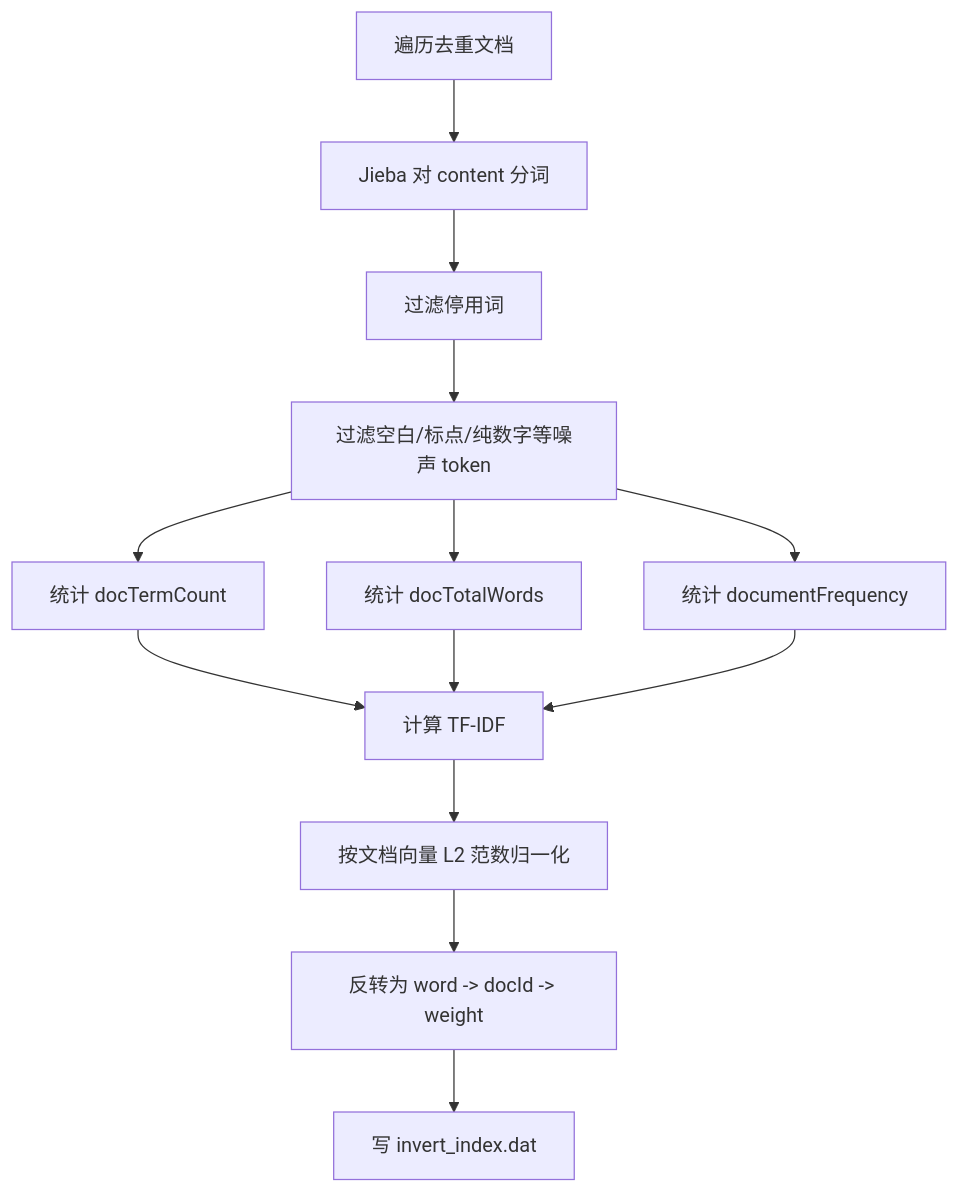
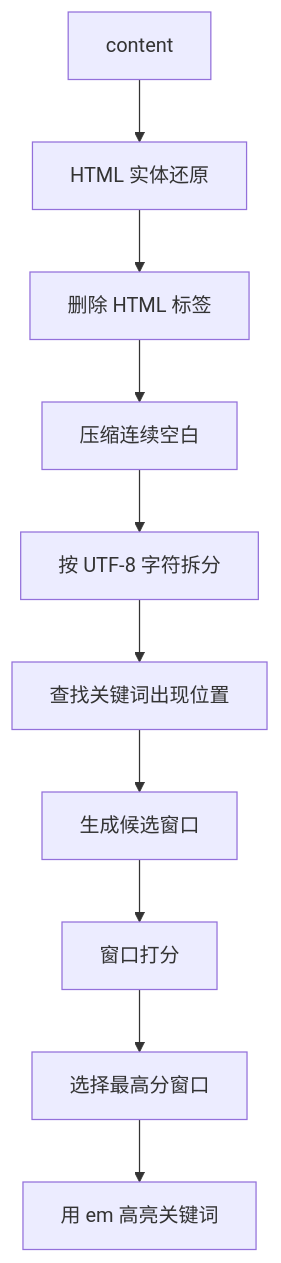
Before and after one commit to dijk4tra/Cpp_Advanced: the ninth of 10 diagrams in 课件/07_搜索引擎项目/02_SearchEngine_V2/README.md, drawn with Mermaid. The commit also changed other lines of this file and 16 other files, not shown here.

````diff
--- a/课件/07_搜索引擎项目/02_SearchEngine_V2/README.md
+++ b/课件/07_搜索引擎项目/02_SearchEngine_V2/README.md
@@ -549,15 +685,12 @@
 ```mermaid
 flowchart TD
-    A[遍历去重文档] --> B[Jieba 对 content 分词]
-    B --> C[过滤停用词]
-    C --> D[过滤空白/标点/纯数字等噪声 token]
-    D --> E[统计 docTermCount]
-    D --> F[统计 docTotalWords]
-    D --> G[统计 documentFrequency]
-    E --> H[计算 TF-IDF]
-    F --> H
-    G --> H
-    H --> I[按文档向量 L2 范数归一化]
-    I --> J[反转为 word -> docId -> weight]
-    J --> K[写 invert_index.dat]
+    A[content] --> B[HTML 实体还原]
+    B --> C[删除 HTML 标签]
+    C --> D[压缩连续空白]
+    D --> E[按 UTF-8 字符拆分]
+    E --> F[查找关键词出现位置]
+    F --> G[生成候选窗口]
+    G --> H[窗口打分]
+    H --> I[选择最高分窗口]
+    I --> J[用 em 高亮关键词]
 ```
````
